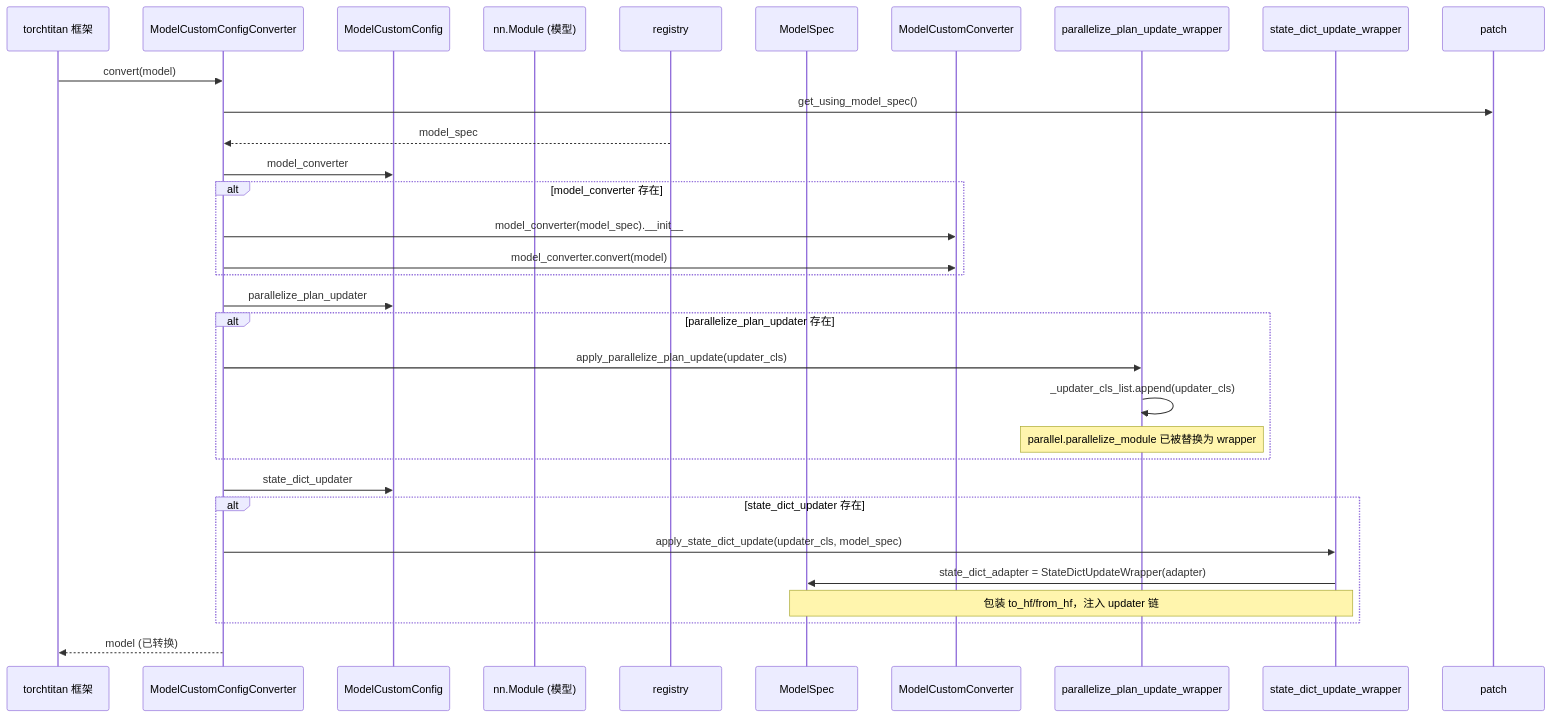
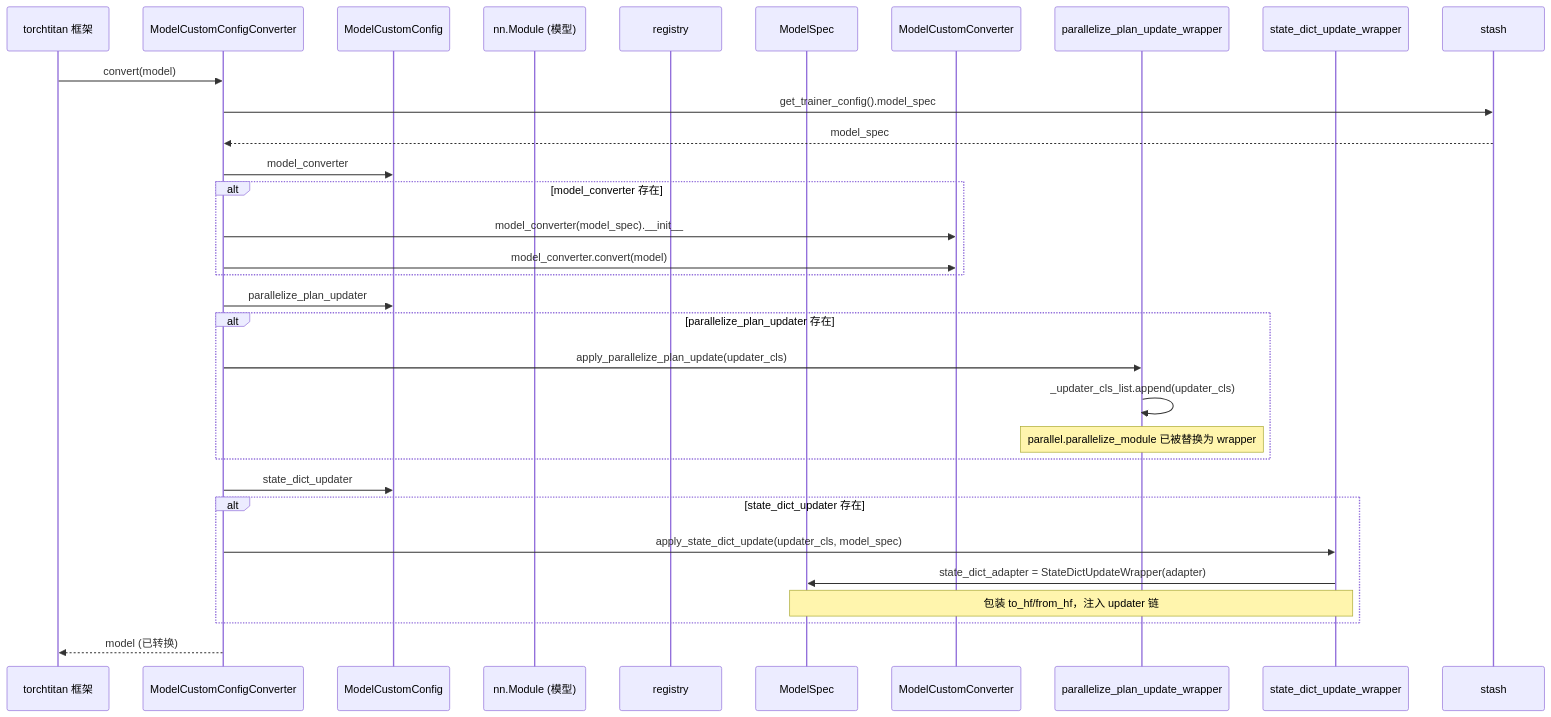
Before and after one commit to botcanlearn/torchtitan-npu-upstream: the fourth of 6 diagrams in docs/feature_guides/model_custom.md, drawn with Mermaid. The commit also changed other lines of this file and 9 other files, not shown here.

````diff
--- a/docs/feature_guides/model_custom.md
+++ b/docs/feature_guides/model_custom.md
@@ -397,39 +392,39 @@
 ```mermaid
 sequenceDiagram
     participant tt as torchtitan 框架
     participant mcc as ModelCustomConfigConverter
     participant config as ModelCustomConfig
     participant model as nn.Module (模型)
     participant reg as registry
     participant spec as ModelSpec
     participant cmc as ModelCustomConverter
     participant lpw as parallelize_plan_update_wrapper
     participant sdw as state_dict_update_wrapper
 
     tt->>mcc: convert(model)
 
-    mcc->>patch: get_using_model_spec()
-    reg-->>mcc: model_spec
+     mcc->>stash: get_trainer_config().model_spec
+ 	 stash-->>mcc: model_spec
 
     mcc->>config: model_converter
     alt model_converter 存在
         mcc->>cmc: model_converter(model_spec).__init__
         mcc->>cmc: model_converter.convert(model)
     end
 
     mcc->>config: parallelize_plan_updater
     alt parallelize_plan_updater 存在
         mcc->>lpw: apply_parallelize_plan_update(updater_cls)
         lpw->>lpw: _updater_cls_list.append(updater_cls)
         Note over lpw: parallel.parallelize_module 已被替换为 wrapper
     end
 
     mcc->>config: state_dict_updater
     alt state_dict_updater 存在
         mcc->>sdw: apply_state_dict_update(updater_cls, model_spec)
         sdw->>spec: state_dict_adapter = StateDictUpdateWrapper(adapter)
         Note over sdw,spec: 包装 to_hf/from_hf，注入 updater 链
     end
 
     mcc-->>tt: model (已转换)
 ```
````
